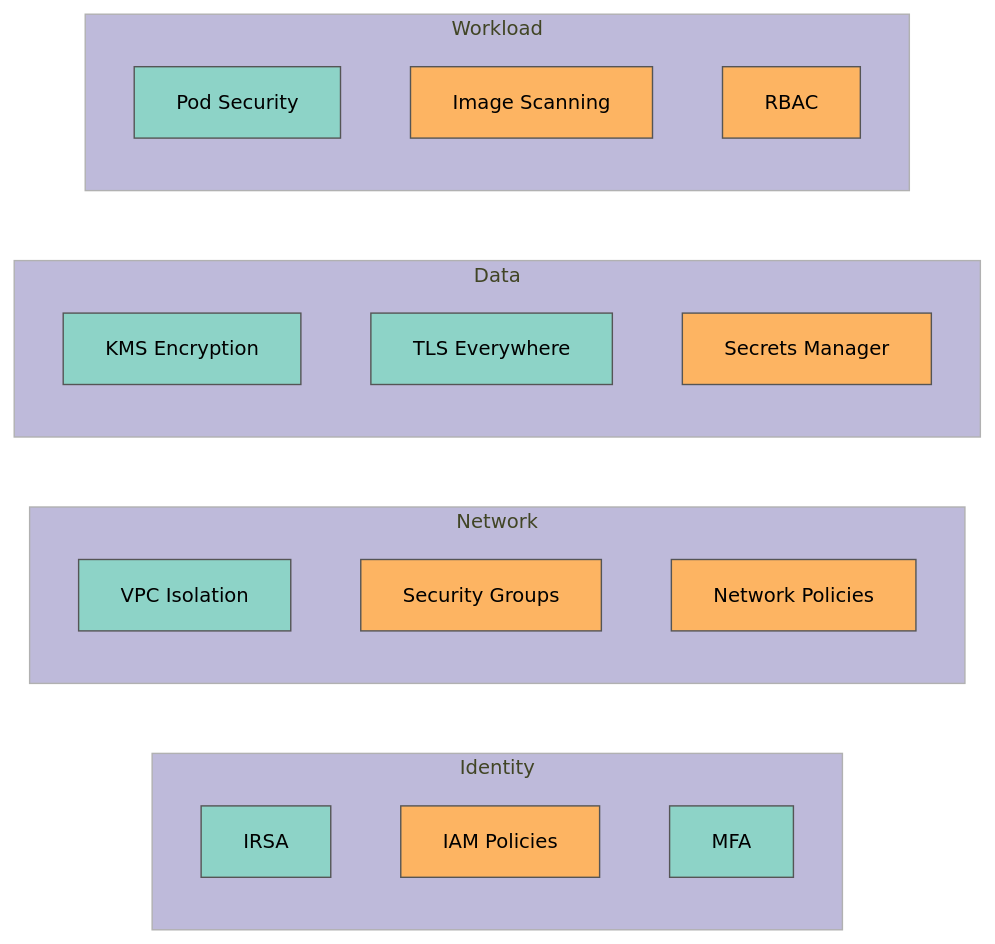
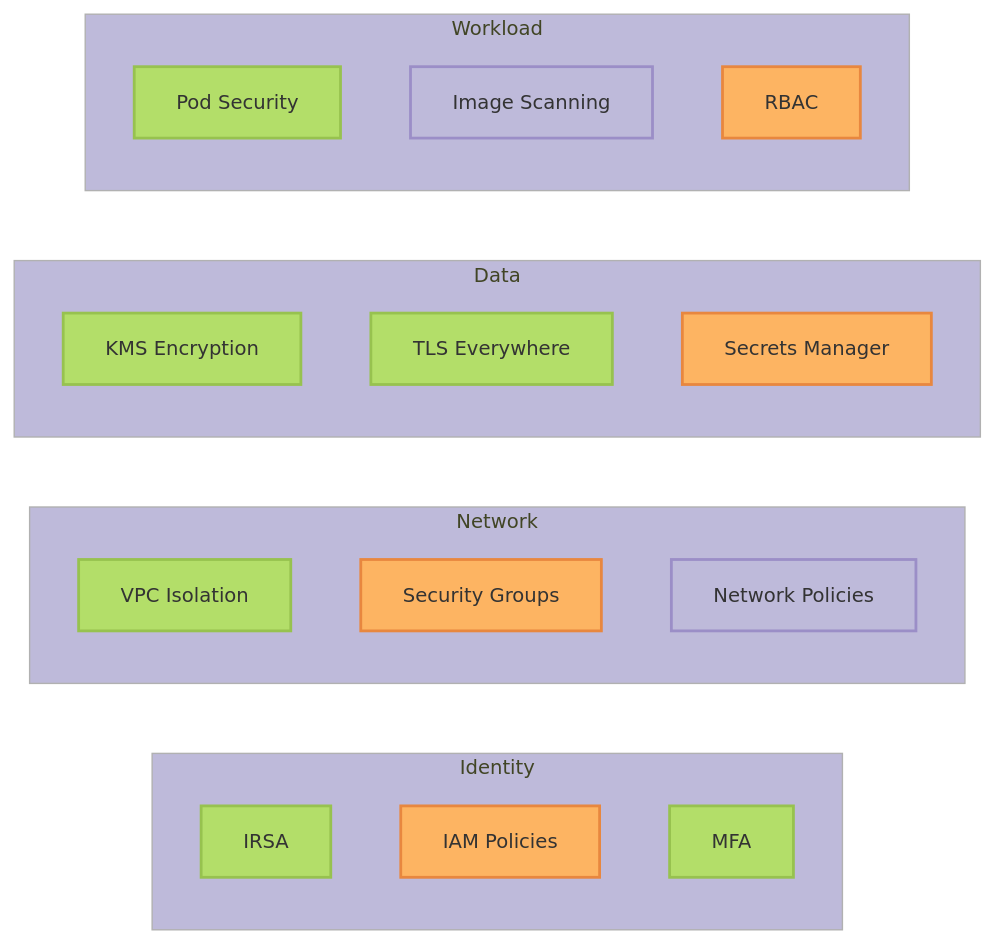
One commit to vishnu2kmohan/mcp-server-langgraph changed the diagram in docs/security/aws-security-hardening.mdx. Above: the diagram before and after it, drawn with Mermaid. The commit also changed 201 other files, not shown here.

````diff
--- a/docs/security/aws-security-hardening.mdx
+++ b/docs/security/aws-security-hardening.mdx
@@ -34,34 +34,37 @@
 ```mermaid
+%% ColorBrewer2 Set3 palette - each component type uniquely colored
 %%{init: {'theme':'base', 'themeVariables': { 'fontSize':'14px', 'primaryColor':'#8dd3c7','primaryTextColor':'#000','primaryBorderColor':'#555','lineColor':'#fb8072','secondaryColor':'#fdb462','tertiaryColor':'#bebada'}}}%%
 flowchart LR
     subgraph "Identity"
         IRSA[IRSA<br/&gt;100%]
         IAM[IAM Policies<br/&gt;95%]
         MFA[MFA<br/&gt;100%]
     end
 
     subgraph "Network"
         VPC[VPC Isolation<br/&gt;100%]
         SG[Security Groups<br/&gt;95%]
         NP[Network Policies<br/&gt;90%]
     end
 
     subgraph "Data"
         KMS[KMS Encryption<br/&gt;100%]
         TLS[TLS Everywhere<br/&gt;100%]
         SM[Secrets Manager<br/&gt;95%]
     end
 
     subgraph "Workload"
         PSS[Pod Security<br/&gt;100%]
         Scan[Image Scanning<br/&gt;85%]
         RBAC[RBAC<br/&gt;95%]
     end
 
-    classDef excellent fill:#8dd3c7,stroke:#555,color:#000
-    classDef good fill:#fdb462,stroke:#555,color:#000
+    classDef excellentStyle fill:#b3de69,stroke:#97c24f,stroke-width:2px,color:#333
+    classDef goodStyle fill:#fdb462,stroke:#e8873f,stroke-width:2px,color:#333
+    classDef serviceStyle fill:#bebada,stroke:#9b8ec7,stroke-width:2px,color:#333
+    classDef clientStyle fill:#8dd3c7,stroke:#5fa99d,stroke-width:2px,color:#333
 
-    class IRSA,MFA,VPC,KMS,TLS,PSS excellent
-    class IAM,SG,SM,RBAC good
-    class NP,Scan good
+    class IRSA,MFA,VPC,KMS,TLS,PSS excellentStyle
+    class IAM,SG,SM,RBAC goodStyle
+    class NP,Scan serviceStyle
 ```
````
